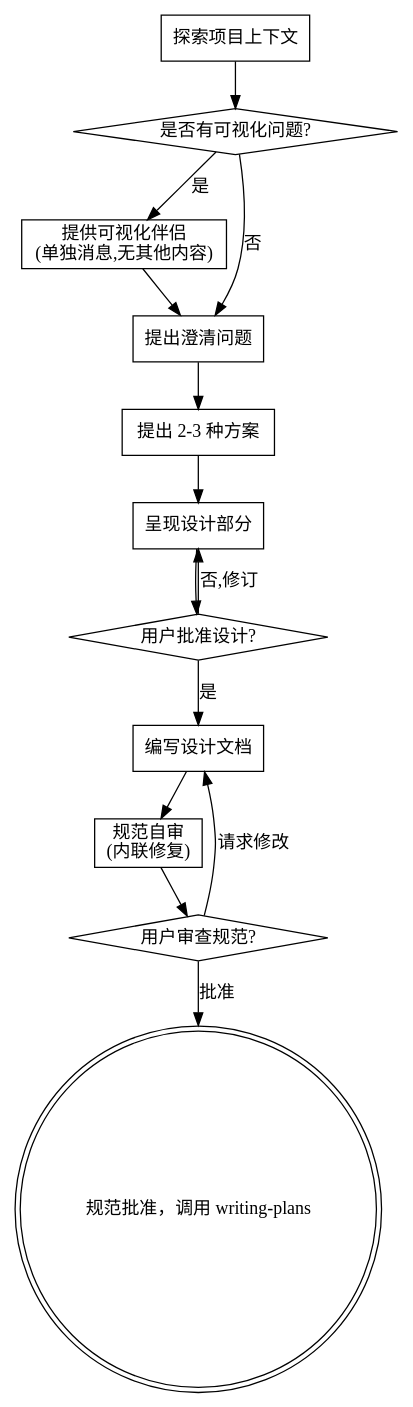
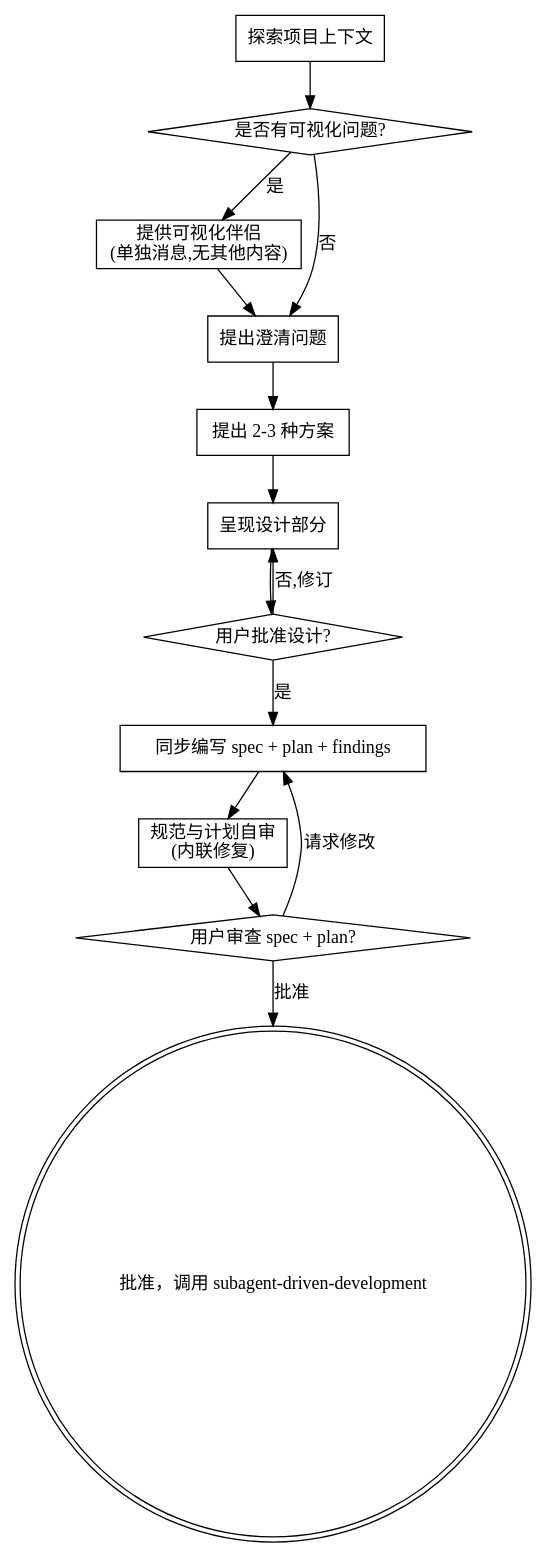
The diagram in skills/superpowers-brainstorming/SKILL.md (afk101/gd-claude-code-plugin), drawn with Graphviz before and after one commit. The commit also changed other lines of this file and 2 other files, not shown here.

````diff
--- a/skills/superpowers-brainstorming/SKILL.md
+++ b/skills/superpowers-brainstorming/SKILL.md
@@ -79,29 +82,29 @@
 ```dot
 digraph brainstorming {
     "探索项目上下文" [shape=box];
     "是否有可视化问题?" [shape=diamond];
     "提供可视化伴侣\n(单独消息,无其他内容)" [shape=box];
     "提出澄清问题" [shape=box];
     "提出 2-3 种方案" [shape=box];
     "呈现设计部分" [shape=box];
     "用户批准设计?" [shape=diamond];
-    "编写设计文档" [shape=box];
-    "规范自审\n(内联修复)" [shape=box];
-    "用户审查规范?" [shape=diamond];
-    "规范批准，调用 writing-plans" [shape=doublecircle];
+    "同步编写 spec + plan + findings" [shape=box];
+    "规范与计划自审\n(内联修复)" [shape=box];
+    "用户审查 spec + plan?" [shape=diamond];
+    "批准，调用 subagent-driven-development" [shape=doublecircle];
 
     "探索项目上下文" -> "是否有可视化问题?";
     "是否有可视化问题?" -> "提供可视化伴侣\n(单独消息,无其他内容)" [label="是"];
     "是否有可视化问题?" -> "提出澄清问题" [label="否"];
     "提供可视化伴侣\n(单独消息,无其他内容)" -> "提出澄清问题";
     "提出澄清问题" -> "提出 2-3 种方案";
     "提出 2-3 种方案" -> "呈现设计部分";
     "呈现设计部分" -> "用户批准设计?";
     "用户批准设计?" -> "呈现设计部分" [label="否,修订"];
-    "用户批准设计?" -> "编写设计文档" [label="是"];
-    "编写设计文档" -> "规范自审\n(内联修复)";
-    "规范自审\n(内联修复)" -> "用户审查规范?";
-    "用户审查规范?" -> "编写设计文档" [label="请求修改"];
-    "用户审查规范?" -> "规范批准，调用 writing-plans" [label="批准"];
+    "用户批准设计?" -> "同步编写 spec + plan + findings" [label="是"];
+    "同步编写 spec + plan + findings" -> "规范与计划自审\n(内联修复)";
+    "规范与计划自审\n(内联修复)" -> "用户审查 spec + plan?";
+    "用户审查 spec + plan?" -> "同步编写 spec + plan + findings" [label="请求修改"];
+    "用户审查 spec + plan?" -> "批准，调用 subagent-driven-development" [label="批准"];
 }
 ```
````
